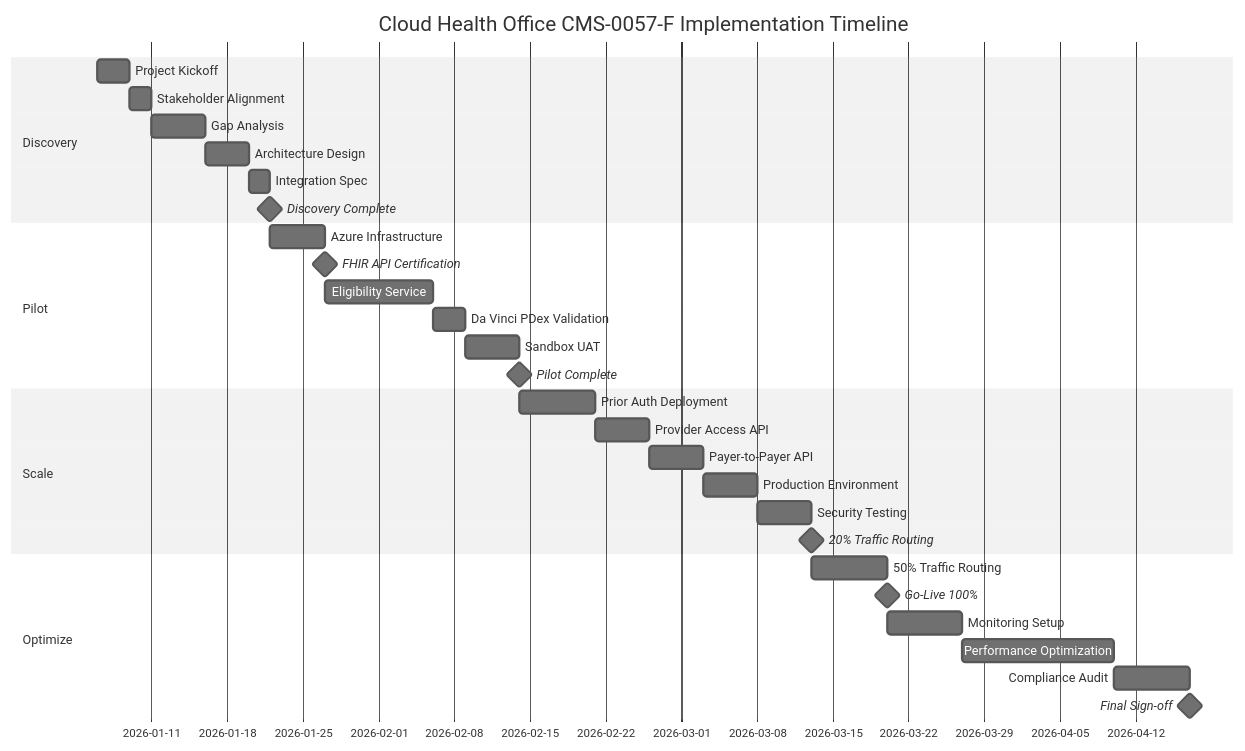
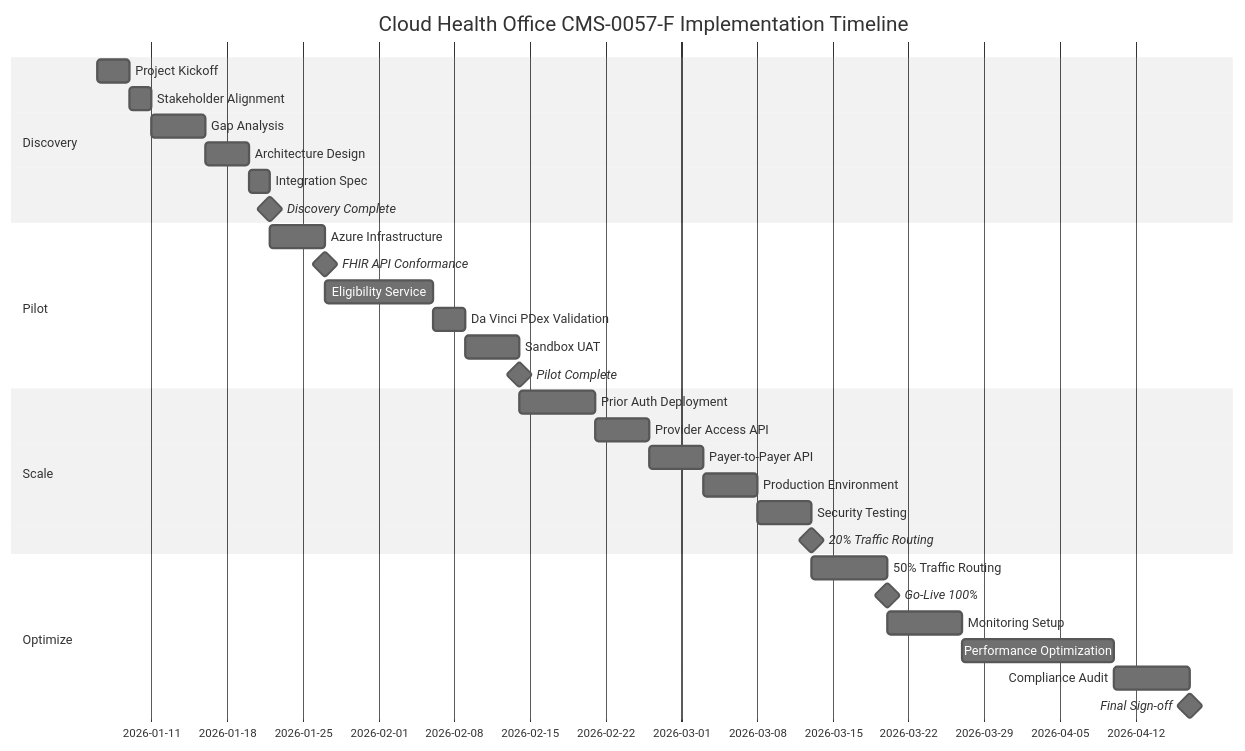
The fourth of 4 diagrams in docs/security/WHITEPAPER-CMS-0057-F-COMPLIANCE.md (aurelianware/cloudhealthoffice), drawn with Mermaid before and after one commit. The commit also changed other lines of this file and 8 other files, not shown here.

````diff
--- a/docs/security/WHITEPAPER-CMS-0057-F-COMPLIANCE.md
+++ b/docs/security/WHITEPAPER-CMS-0057-F-COMPLIANCE.md
@@ -620,38 +620,38 @@
 ```mermaid
 %%{init: {'theme': 'neutral', 'themeVariables': { 'primaryColor': '#3498db' }}}%%
 gantt
     title Cloud Health Office CMS-0057-F Implementation Timeline
     dateFormat  YYYY-MM-DD
     
     section Discovery
     Project Kickoff           :a1, 2026-01-06, 3d
     Stakeholder Alignment     :a2, after a1, 2d
     Gap Analysis              :a3, after a2, 5d
     Architecture Design       :a4, after a3, 4d
     Integration Spec          :a5, after a4, 2d
     Discovery Complete        :milestone, m1, after a5, 0d
     
     section Pilot
     Azure Infrastructure      :b1, after a5, 5d
-    FHIR API Certification    :milestone, m2, after b1, 0d
+    FHIR API Conformance      :milestone, m2, after b1, 0d
     Eligibility Service       :b2, after b1, 10d
     Da Vinci PDex Validation  :b3, after b2, 3d
     Sandbox UAT               :b4, after b3, 5d
     Pilot Complete            :milestone, m3, after b4, 0d
     
     section Scale
     Prior Auth Deployment     :c1, after b4, 7d
     Provider Access API       :c2, after c1, 5d
     Payer-to-Payer API        :c3, after c2, 5d
     Production Environment    :c4, after c3, 5d
     Security Testing          :c5, after c4, 5d
     20% Traffic Routing       :milestone, m4, after c5, 0d
     
     section Optimize
     50% Traffic Routing       :d1, after c5, 7d
     Go-Live 100%              :milestone, m5, after d1, 0d
     Monitoring Setup          :d2, after d1, 7d
     Performance Optimization  :d3, after d2, 14d
     Compliance Audit          :d4, after d3, 7d
     Final Sign-off            :milestone, m6, after d4, 0d
 ```
````
